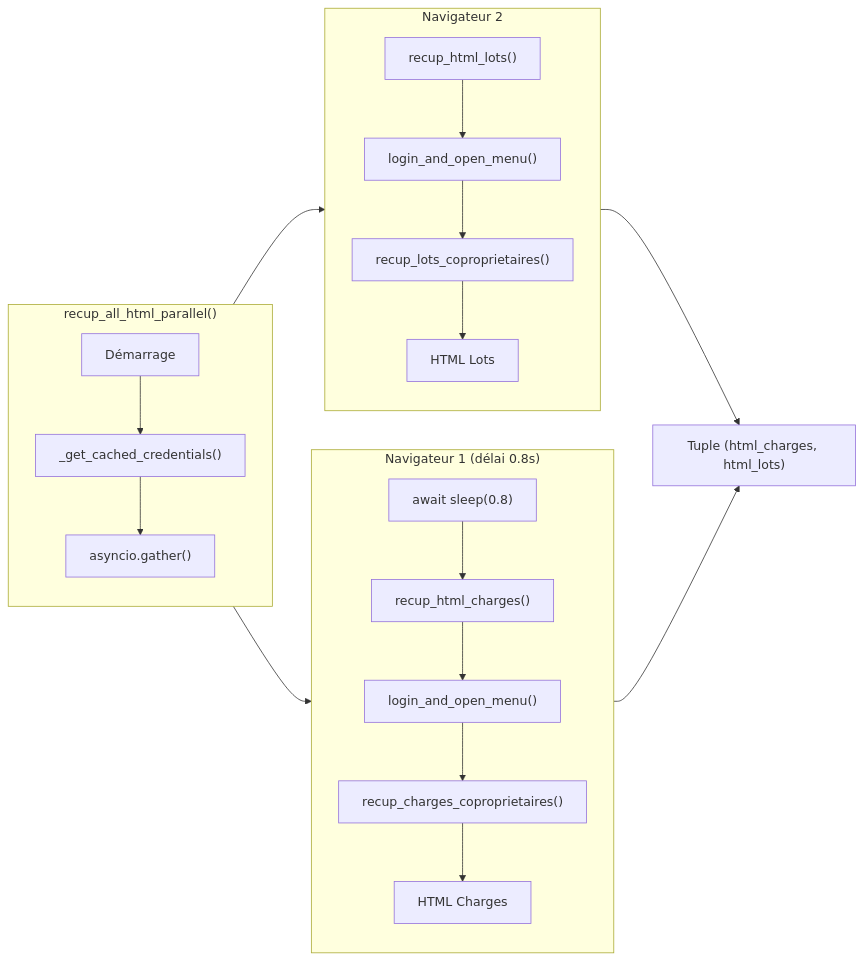
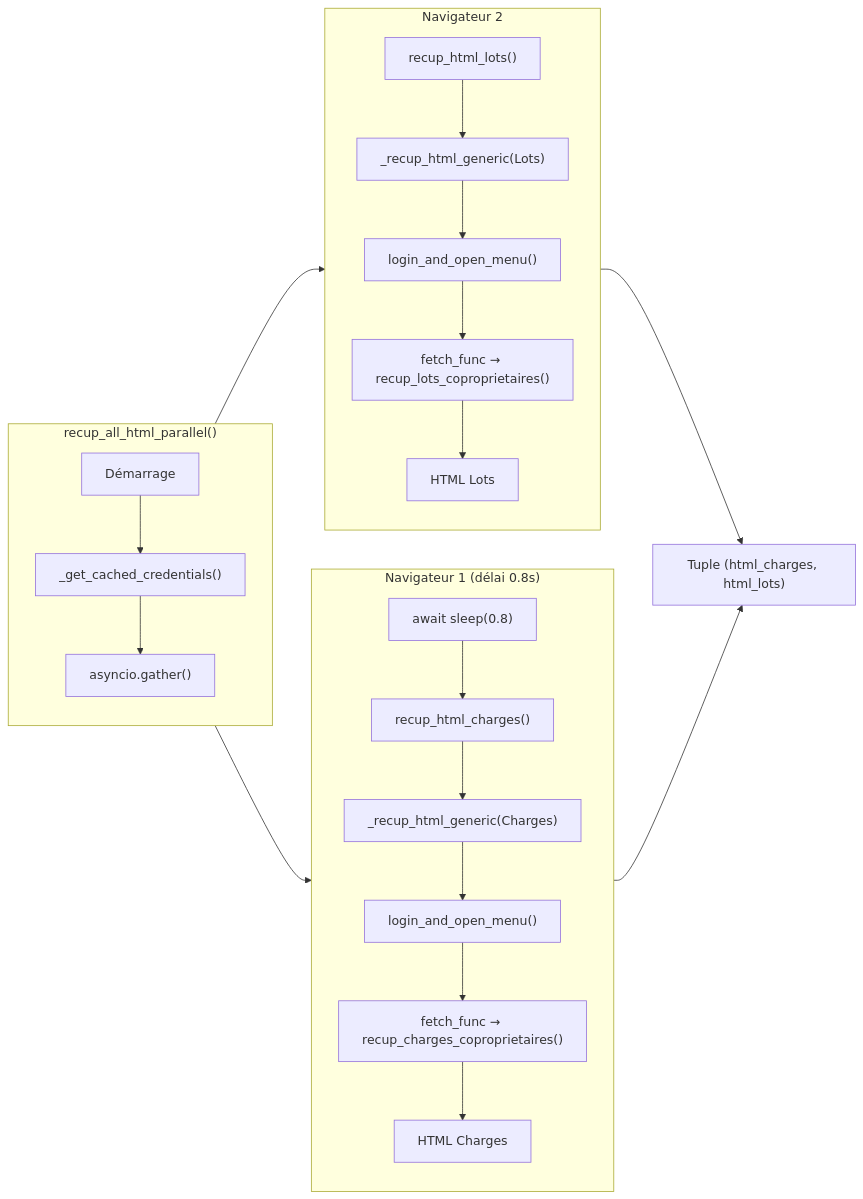
Before and after one commit to therealcorwin/CPTCOPRO: the fifth of 5 diagrams in reports/call_graph.md, drawn with Mermaid. The commit also changed other lines of this file and 8 other files, not shown here.

Commit message:
feat: Améliorer la documentation et l'architecture du projet, ajouter des descriptions aux modules et fonctions

````diff
--- a/reports/call_graph.md
+++ b/reports/call_graph.md
@@ -266,29 +270,31 @@
 ```mermaid
 flowchart LR
     subgraph Orchestration["recup_all_html_parallel()"]
         direction TB
         start["Démarrage"] --> creds["_get_cached_credentials()"]
         creds --> parallel["asyncio.gather()"]
     end
     
     subgraph Nav1["Navigateur 1 (délai 0.8s)"]
         direction TB
         delay["await sleep(0.8)"] --> charges["recup_html_charges()"]
-        charges --> login1["login_and_open_menu()"]
-        login1 --> nav1["recup_charges_coproprietaires()"]
+        charges --> generic1["_recup_html_generic(Charges)"]
+        generic1 --> login1["login_and_open_menu()"]
+        login1 --> nav1["fetch_func → recup_charges_coproprietaires()"]
         nav1 --> html1["HTML Charges"]
     end
     
     subgraph Nav2["Navigateur 2"]
         direction TB
-        lots["recup_html_lots()"] --> login2["login_and_open_menu()"]
-        login2 --> nav2["recup_lots_coproprietaires()"]
+        lots["recup_html_lots()"] --> generic2["_recup_html_generic(Lots)"]
+        generic2 --> login2["login_and_open_menu()"]
+        login2 --> nav2["fetch_func → recup_lots_coproprietaires()"]
         nav2 --> html2["HTML Lots"]
     end
     
     parallel --> Nav1
     parallel --> Nav2
     
     html1 --> result["Tuple (html_charges, html_lots)"]
     html2 --> result
 ```
````
